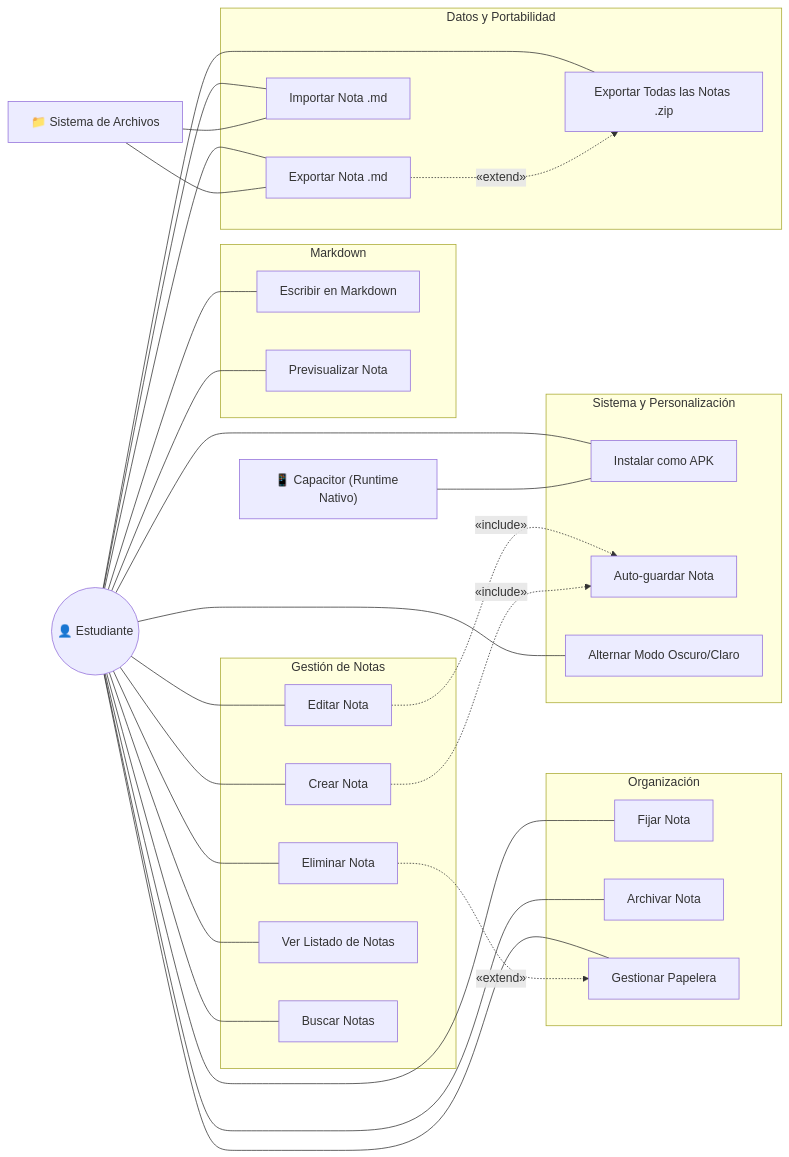
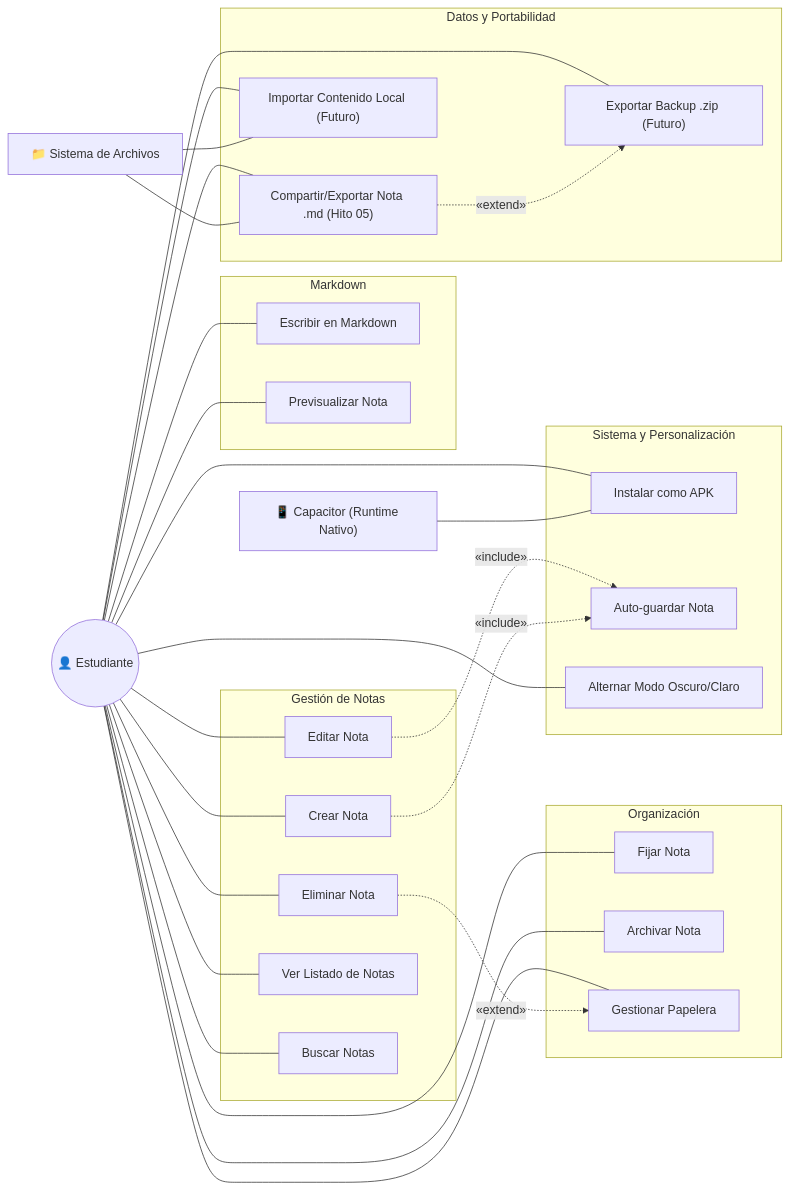
One commit to jdfesa/lumapse changed the diagram in docs/diagramas/casos-de-uso.md. Above: the diagram before and after it, drawn with Mermaid. The commit also changed other lines of this file and 8 other files, not shown here.

````diff
--- a/docs/diagramas/casos-de-uso.md
+++ b/docs/diagramas/casos-de-uso.md
@@ -19,73 +19,73 @@
 ```mermaid
 flowchart LR
     %% ── Actores ──
     EST(("👤 Estudiante"))
     CAP["📱 Capacitor (Runtime Nativo)"]
     FS["📁 Sistema de Archivos"]
 
     %% ── Casos de Uso: Gestión de Notas ──
     subgraph NOTAS ["Gestión de Notas"]
         UC01["Crear Nota"]
         UC02["Editar Nota"]
         UC03["Eliminar Nota"]
         UC04["Ver Listado de Notas"]
         UC05["Buscar Notas"]
     end
 
     %% ── Casos de Uso: Organización ──
     subgraph ORG ["Organización"]
         UC06["Fijar Nota"]
         UC07["Archivar Nota"]
         UC16["Gestionar Papelera"]
     end
 
     %% ── Casos de Uso: Markdown ──
     subgraph MD ["Markdown"]
         UC08["Escribir en Markdown"]
         UC09["Previsualizar Nota"]
     end
 
     %% ── Casos de Uso: Datos ──
     subgraph DATOS ["Datos y Portabilidad"]
-        UC10["Exportar Nota .md"]
-        UC11["Importar Nota .md"]
-        UC12["Exportar Todas las Notas .zip"]
+        UC10["Compartir/Exportar Nota .md (Hito 05)"]
+        UC11["Importar Contenido Local (Futuro)"]
+        UC12["Exportar Backup .zip (Futuro)"]
     end
 
     %% ── Casos de Uso: Sistema ──
     subgraph SIS ["Sistema y Personalización"]
         UC13["Instalar como APK"]
         UC14["Auto-guardar Nota"]
         UC15["Alternar Modo Oscuro/Claro"]
     end
 
     %% ── Relaciones: Estudiante ──
     EST --- UC01
     EST --- UC02
     EST --- UC03
     EST --- UC04
     EST --- UC05
     EST --- UC06
     EST --- UC07
     EST --- UC08
     EST --- UC09
     EST --- UC10
     EST --- UC11
     EST --- UC12
     EST --- UC13
     EST --- UC15
     EST --- UC16
 
     %% ── Relaciones: include ──
     UC02 -.->|"«include»"| UC14
     UC01 -.->|"«include»"| UC14
 
     %% ── Relaciones: extend ──
     UC10 -.->|"«extend»"| UC12
     UC03 -.->|"«extend»"| UC16
 
     %% ── Relaciones: Sistema ──
     CAP --- UC13
     FS --- UC10
     FS --- UC11
 ```
````
